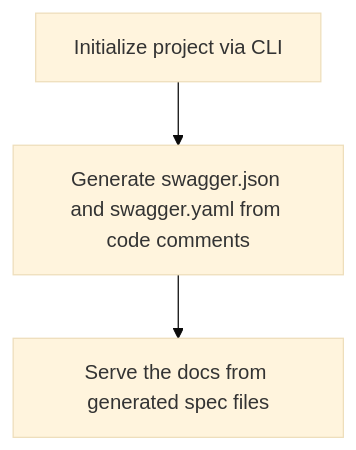
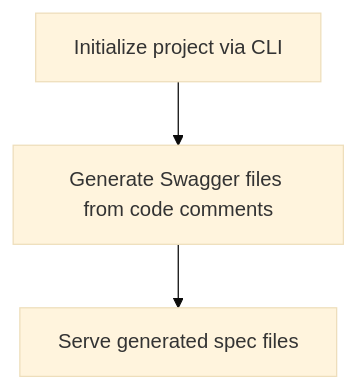
Before and after one commit to phucvinh57/tonic: the diagram in README.md, drawn with Mermaid (base theme). The commit also changed other lines of this file and 5 other files, not shown here.

````diff
--- a/README.md
+++ b/README.md
@@ -13,5 +13,9 @@
 ```mermaid
-flowchart TD
-    SwagInit[Initialize project via CLI] --> SwagGen[Generate swagger.json and swagger.yaml from code comments]
-    SwagGen --> SwagServe[Serve the docs from generated spec files]
+graph TD
+    A[Initialize project via CLI]
+    B[Generate Swagger files from code comments]
+    C[Serve generated spec files]
+
+    A --> B
+    B --> C
 ```
````
